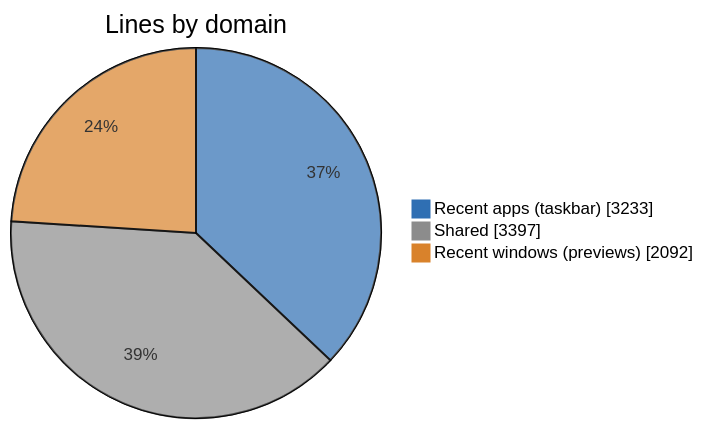
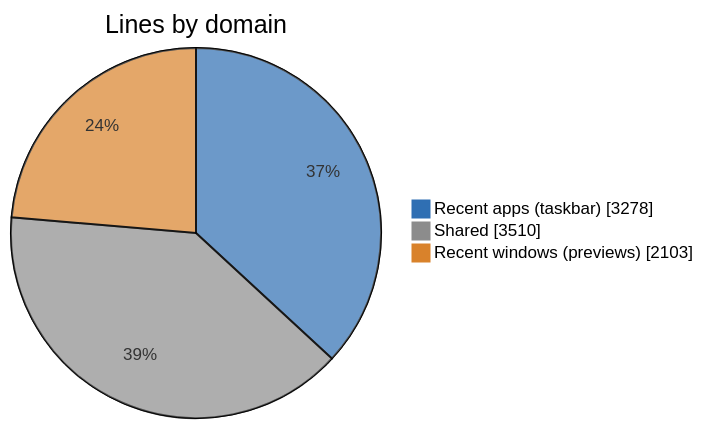
The first of 5 diagrams in doc/code/code-breakdown.md (jvlasek/taskbar-recent-focus-highlight), drawn with Mermaid before and after one commit. The commit also changed other lines of this file and 13 other files, not shown here.

````diff
--- a/doc/code/code-breakdown.md
+++ b/doc/code/code-breakdown.md
@@ -15,7 +15,7 @@
 ```mermaid
 %%{init: {"themeVariables": {"pie1": "#2F6FB3", "pie2": "#8C8C8C", "pie3": "#D9822B", "pieOuterStrokeWidth": "1px"}}}%%
 pie showData title Lines by domain
-    "Recent apps (taskbar)" : 3233
-    "Shared" : 3397
-    "Recent windows (previews)" : 2092
+    "Recent apps (taskbar)" : 3278
+    "Shared" : 3510
+    "Recent windows (previews)" : 2103
 ```
````
